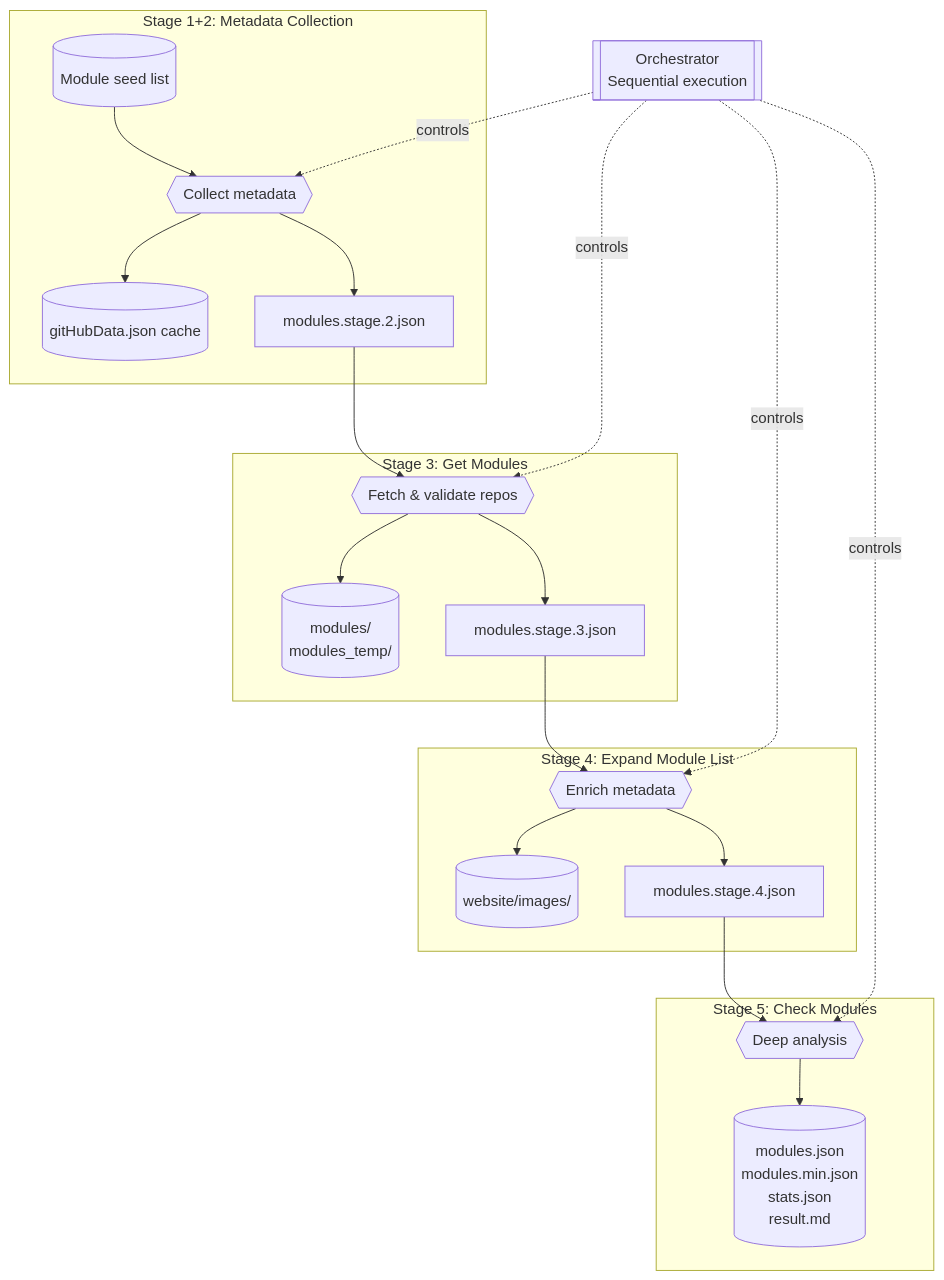
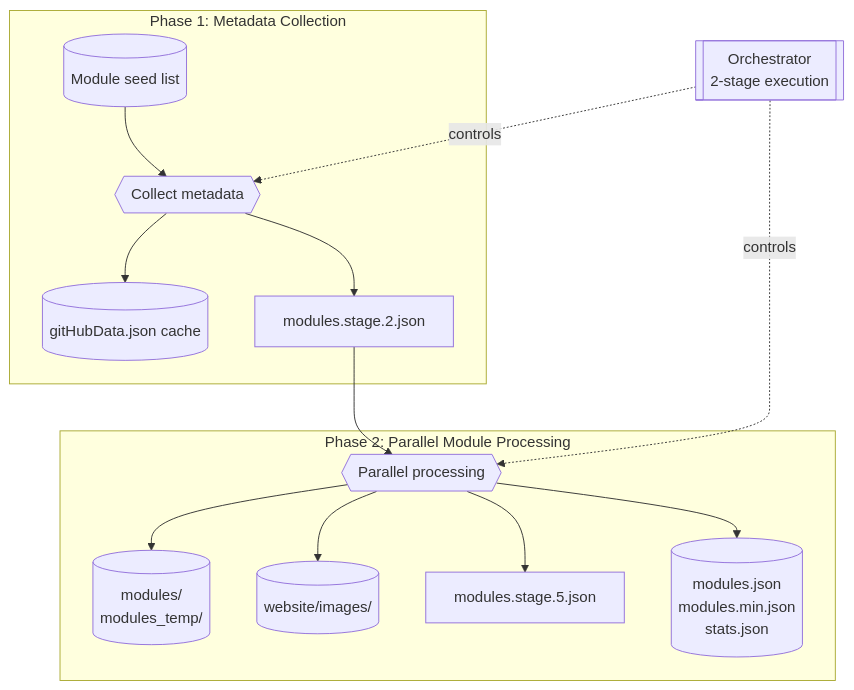
The first of 5 diagrams in docs/architecture.md (KristjanESPERANTO/MagicMirror-3rd-Party-Modules), drawn with Mermaid before and after one commit. The commit also changed other lines of this file and 8 other files, not shown here.

First line of the commit message:
docs(pipeline): align canonical parallel flow docs and release validation

````diff
--- a/docs/architecture.md
+++ b/docs/architecture.md
@@ -20,32 +18,21 @@
 ```mermaid
 flowchart TB
-  orchestrator[[Orchestrator<br>Sequential execution]]
+  orchestrator[[Orchestrator<br>2-stage execution]]
 
-  subgraph Stage 1+2: Metadata Collection
+  subgraph Phase 1: Metadata Collection
     seed[("Module seed list")] --> collect{{Collect metadata}}
     collect --> cache[("gitHubData.json cache")]
     collect --> stage2["modules.stage.2.json"]
   end
 
-  subgraph Stage 3: Get Modules
-    stage2 --> fetch{{Fetch & validate repos}}
-    fetch --> clones[("modules/<br>modules_temp/")]
-    fetch --> stage3["modules.stage.3.json"]
-  end
-
-  subgraph Stage 4: Expand Module List
-    stage3 --> enrich{{Enrich metadata}}
-    enrich --> images[("website/images/")]
-    enrich --> stage4["modules.stage.4.json"]
-  end
-
-  subgraph Stage 5: Check Modules
-    stage4 --> analyze{{Deep analysis}}
-    analyze --> outputs[("modules.json<br>modules.min.json<br>stats.json<br>result.md")]
+  subgraph Phase 2: Parallel Module Processing
+    stage2 --> parallel{{Parallel processing}}
+    parallel --> clones[("modules/<br>modules_temp/")]
+    parallel --> images[("website/images/")]
+    parallel --> stage5["modules.stage.5.json"]
+    parallel --> outputs[("modules.json<br>modules.min.json<br>stats.json")]
   end
 
   orchestrator -.controls.-> collect
-  orchestrator -.controls.-> fetch
-  orchestrator -.controls.-> enrich
-  orchestrator -.controls.-> analyze
+  orchestrator -.controls.-> parallel
 ```
````
